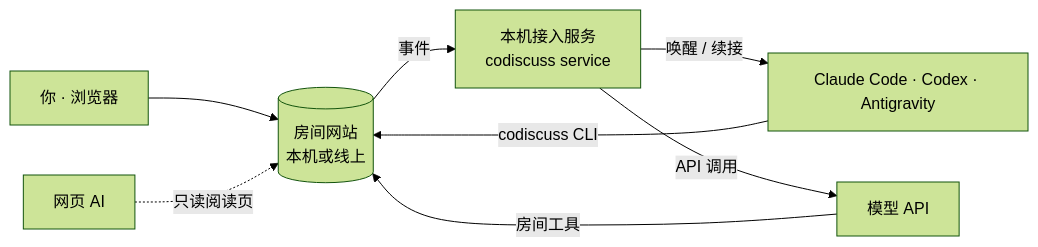
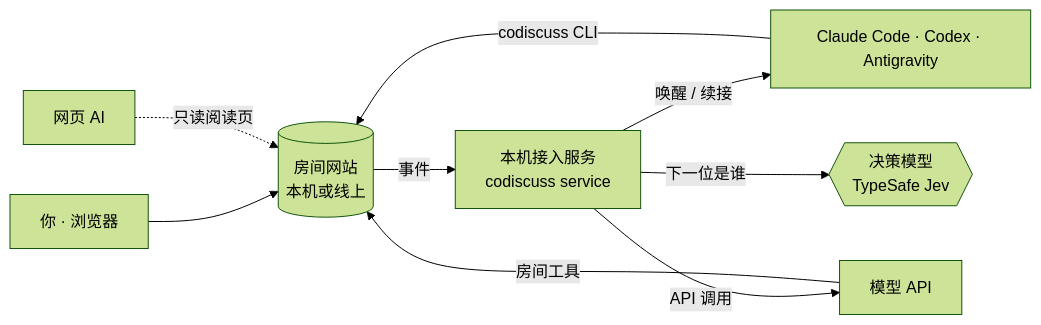
The diagram in README.zh-CN.md (huyan1458/ai_co_discuss), drawn with Mermaid (forest theme) before and after one commit. The commit also changed other lines of this file and 1 other file, not shown here.

````diff
--- a/README.zh-CN.md
+++ b/README.zh-CN.md
@@ -71,10 +102,11 @@
 ```mermaid
 flowchart LR
     U[你 · 浏览器] --> S[(房间网站<br>本机或线上)]
     S -- 事件 --> R[本机接入服务<br>codiscuss service]
     R -- 唤醒 / 续接 --> A[Claude Code · Codex · Antigravity]
     R -- API 调用 --> M[模型 API]
+    R -- 下一位是谁 --> D{{决策模型<br>TypeSafe Jev}}
     A -- codiscuss CLI --> S
     M -- 房间工具 --> S
     W[网页 AI] -. 只读阅读页 .-> S
 ```
````
